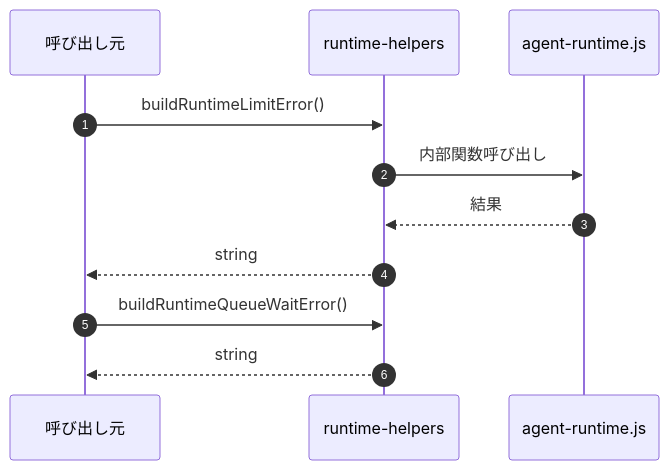
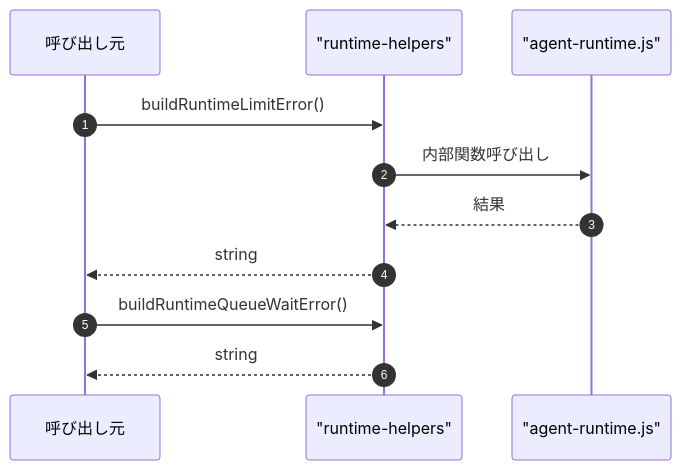
The fourth of 4 diagrams in ABDD/.pi/extensions/shared/runtime-helpers.md (Mekann2904/mekann), drawn with Mermaid before and after one commit. The commit also changed other lines of this file and 152 other files, not shown here.

First line of the commit message:
fix: Mermaid図のラベル内の特殊文字をエスケープする

````diff
--- a/ABDD/.pi/extensions/shared/runtime-helpers.md
+++ b/ABDD/.pi/extensions/shared/runtime-helpers.md
@@ -82,15 +82,15 @@
 ```mermaid
 sequenceDiagram
   autonumber
   participant Caller as 呼び出し元
-  participant runtime_helpers as runtime-helpers
-  participant agent_runtime_js as agent-runtime.js
+  participant runtime_helpers as "runtime-helpers"
+  participant agent_runtime_js as "agent-runtime.js"
 
   Caller->>runtime_helpers: buildRuntimeLimitError()
   runtime_helpers->>agent_runtime_js: 内部関数呼び出し
   agent_runtime_js-->>runtime_helpers: 結果
   runtime_helpers-->>Caller: string
 
   Caller->>runtime_helpers: buildRuntimeQueueWaitError()
   runtime_helpers-->>Caller: string
 ```
````
